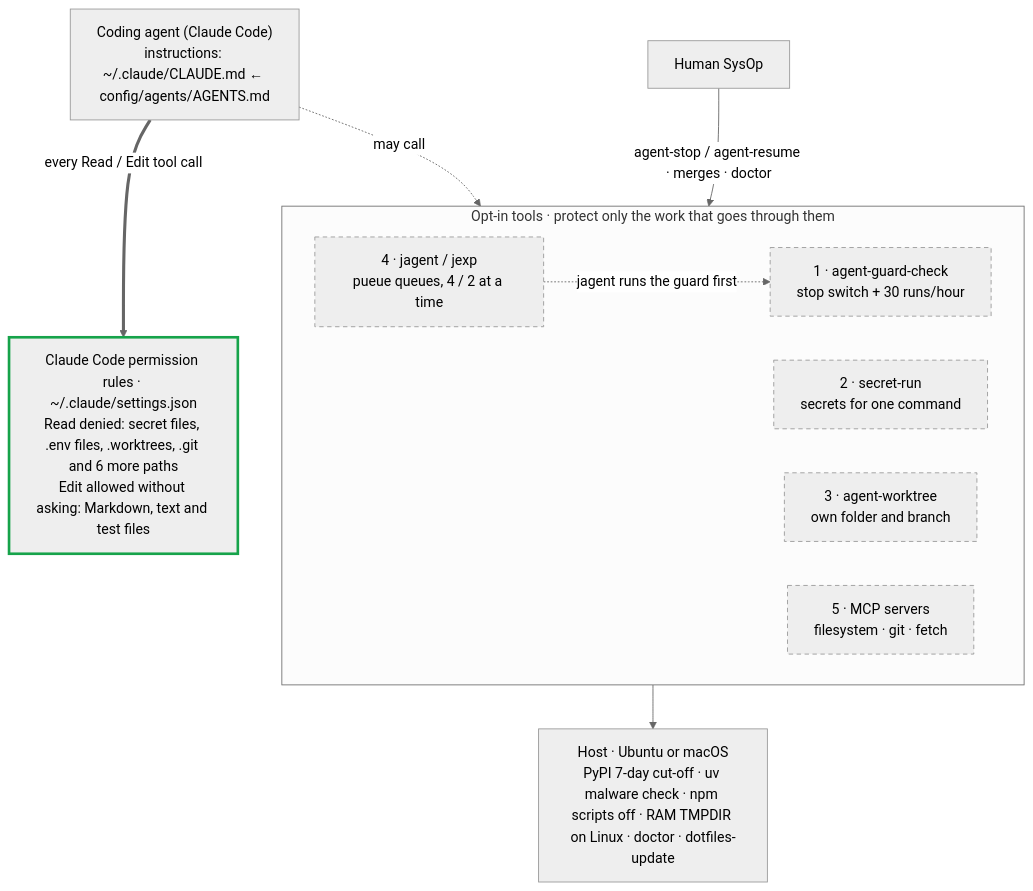
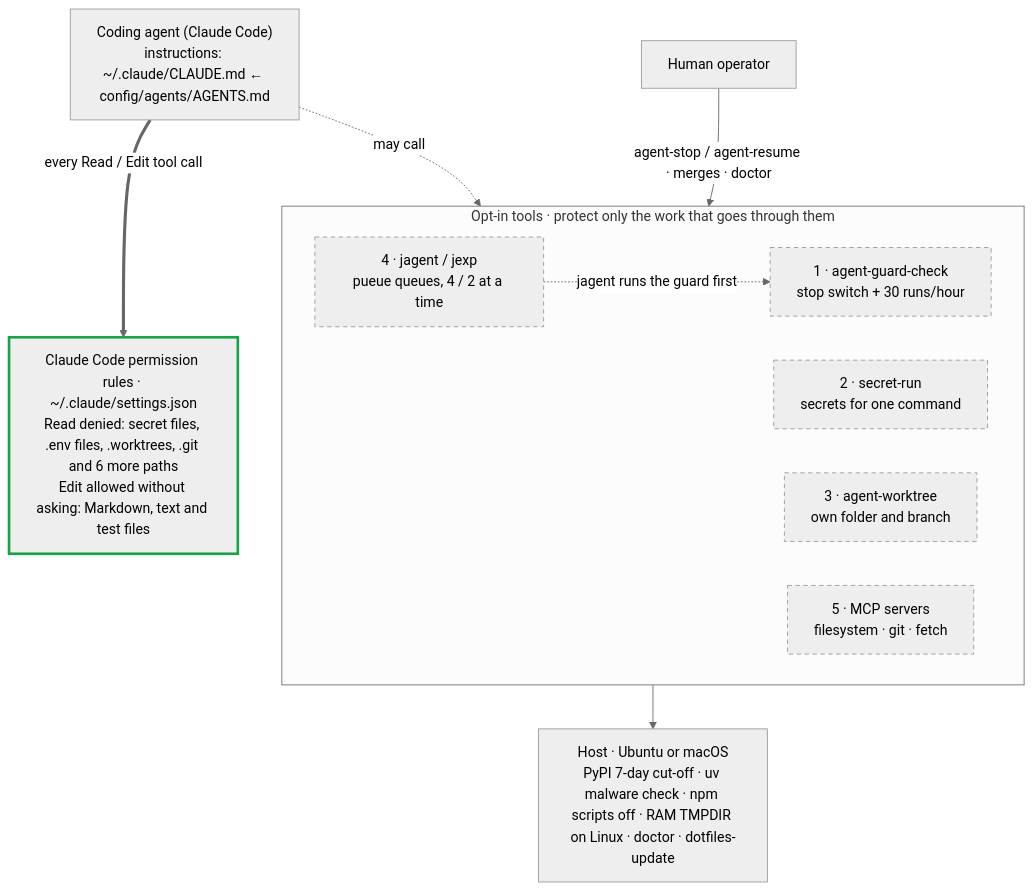
Before and after one commit to jacob-adm/ai-automation-engineer-workstation: the first of 4 diagrams in docs/DIAGRAMS.md, drawn with Mermaid (neutral theme).

Commit message:
docs: neutral label for the human in the agent diagram

````diff
--- a/docs/DIAGRAMS.md
+++ b/docs/DIAGRAMS.md
@@ -34,26 +34,26 @@
 ```mermaid
 flowchart TB
     classDef enforced stroke:#16a34a,stroke-width:3px
     classDef optin stroke-dasharray:5 4
 
     AGENT["Coding agent (Claude Code)<br/>instructions: ~/.claude/CLAUDE.md ← config/agents/AGENTS.md"]
-    HUMAN["Human SysOp"]
+    HUMAN["Human operator"]
 
     RULES["Claude Code permission rules · ~/.claude/settings.json<br/>Read denied: secret files, .env files, .worktrees, .git and 6 more paths<br/>Edit allowed without asking: Markdown, text and test files"]:::enforced
 
     subgraph TOOLS["Opt-in tools · protect only the work that goes through them"]
         GUARD["1 · agent-guard-check<br/>stop switch + 30 runs/hour"]:::optin
         SR["2 · secret-run<br/>secrets for one command"]:::optin
         AW["3 · agent-worktree<br/>own folder and branch"]:::optin
         Q["4 · jagent / jexp<br/>pueue queues, 4 / 2 at a time"]:::optin
         MCP["5 · MCP servers<br/>filesystem · git · fetch"]:::optin
     end
 
     HOST["Host · Ubuntu or macOS<br/>PyPI 7-day cut-off · uv malware check · npm scripts off · RAM TMPDIR on Linux · doctor · dotfiles-update"]
 
     AGENT ==>|"every Read / Edit tool call"| RULES
     AGENT -.->|"may call"| TOOLS
     HUMAN -->|"agent-stop / agent-resume · merges · doctor"| TOOLS
     Q -.->|"jagent runs the guard first"| GUARD
     TOOLS --> HOST
 ```
````
